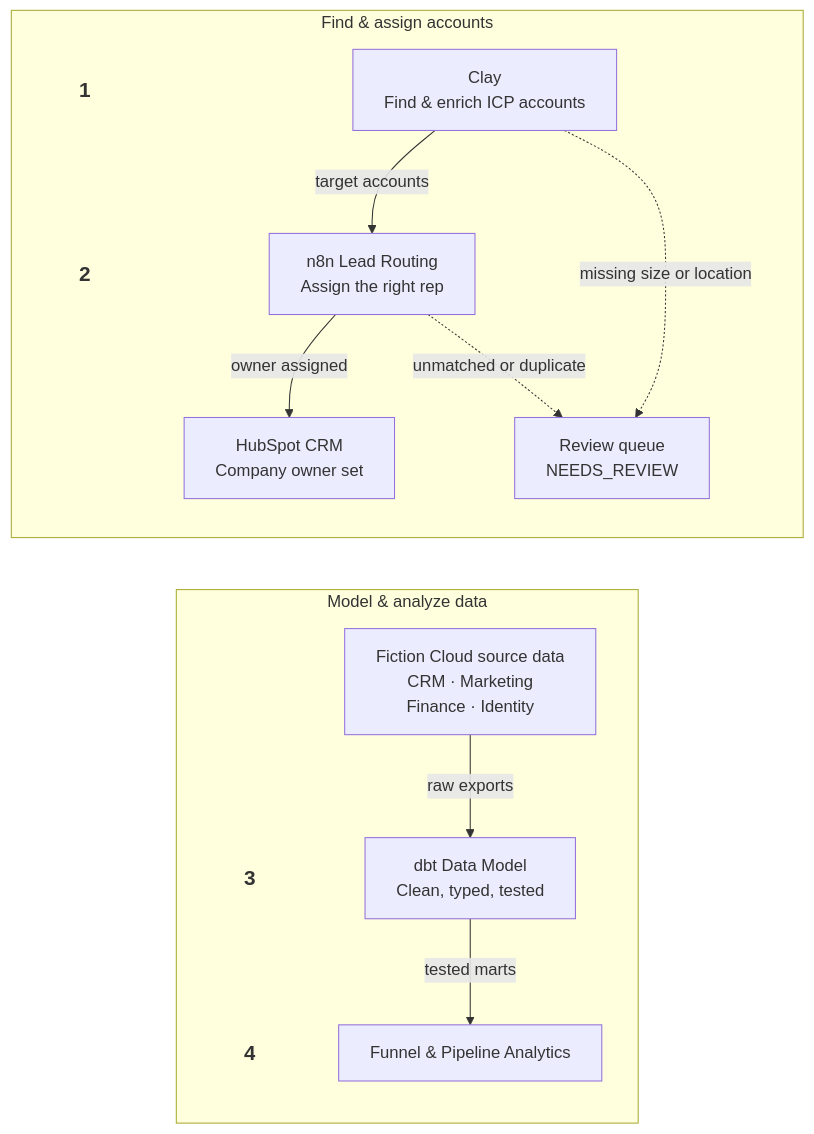
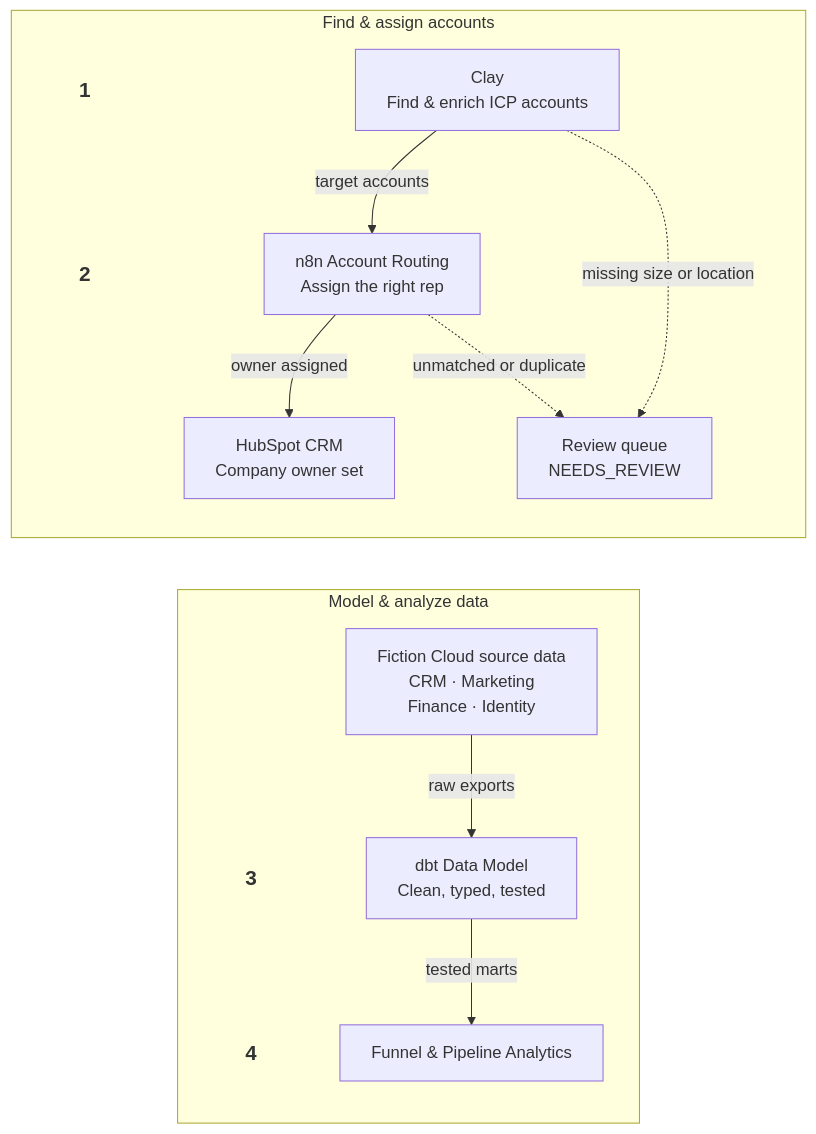
The diagram in README.md (joshane1/GTM-Portfolio), drawn with Mermaid before and after one commit. The commit also changed other lines of this file and 6 other files, not shown here.

````diff
--- a/README.md
+++ b/README.md
@@ -40,30 +40,30 @@
 ```mermaid
 flowchart TD
     subgraph assign["Find & assign accounts"]
         direction TB
         n1["<b>1</b>"] ~~~ n2["<b>2</b>"] ~~~ gap2[" "]
         clay["Clay<br/>Find & enrich ICP accounts"]
-        routing["n8n Lead Routing<br/>Assign the right rep"]
+        routing["n8n Account Routing<br/>Assign the right rep"]
         crm["HubSpot CRM<br/>Company owner set"]
         review["Review queue<br/>NEEDS_REVIEW"]
     end
 
     subgraph analyze["Model & analyze data"]
         direction TB
         gap[" "] ~~~ n3["<b>3</b>"] ~~~ n4["<b>4</b>"]
         sources["Fiction Cloud source data<br/>CRM · Marketing<br/>Finance · Identity"]
         model["dbt Data Model<br/>Clean, typed, tested"]
         analytics["Funnel & Pipeline Analytics"]
     end
 
     assign ~~~ analyze
     clay -->|target accounts| routing
     routing -->|owner assigned| crm
     clay -.->|missing size or location| review
     routing -.->|unmatched or duplicate| review
     sources -->|raw exports| model
     model -->|tested marts| analytics
 
     classDef num fill:none,stroke:none,font-size:20px
     class n1,n2,n3,n4,gap,gap2 num
 ```
````
